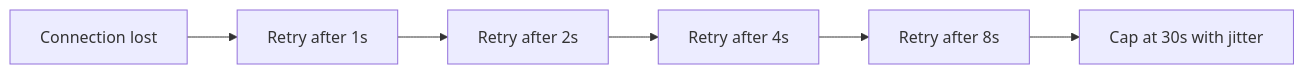
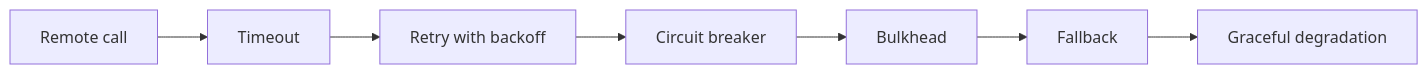
Before and after one commit to mthaiseer/springcloud-systemdesign-notes: diagram 14 of 16 in HLD_NOTES/002_TYPES_OF_INTERVIEWS/001_Real_time_updates.md, drawn with Mermaid. The commit also changed other lines of this file and 1 other file, not shown here.

````diff
--- a/HLD_NOTES/002_TYPES_OF_INTERVIEWS/001_Real_time_updates.md
+++ b/HLD_NOTES/002_TYPES_OF_INTERVIEWS/001_Real_time_updates.md
@@ -549,8 +1002,9 @@
 ```mermaid
 flowchart LR
-    A[Connection lost] --> B[Retry after 1s]
-    B --> C[Retry after 2s]
-    C --> D[Retry after 4s]
-    D --> E[Retry after 8s]
-    E --> F[Cap at 30s with jitter]
+  A["Remote call"] --> B["Timeout"]
+  B --> C["Retry with backoff"]
+  C --> D["Circuit breaker"]
+  D --> E["Bulkhead"]
+  E --> F["Fallback"]
+  F --> G["Graceful degradation"]
 ```
````
